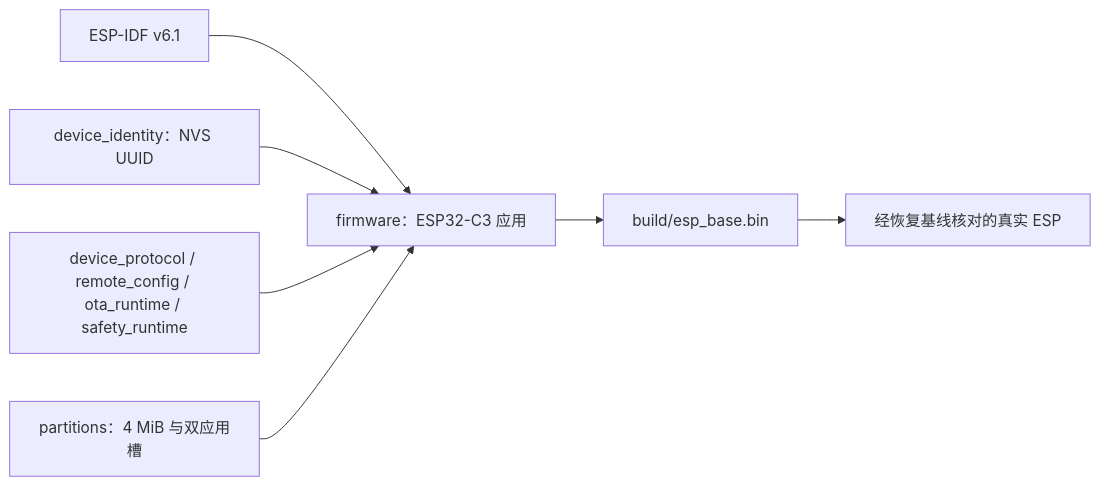
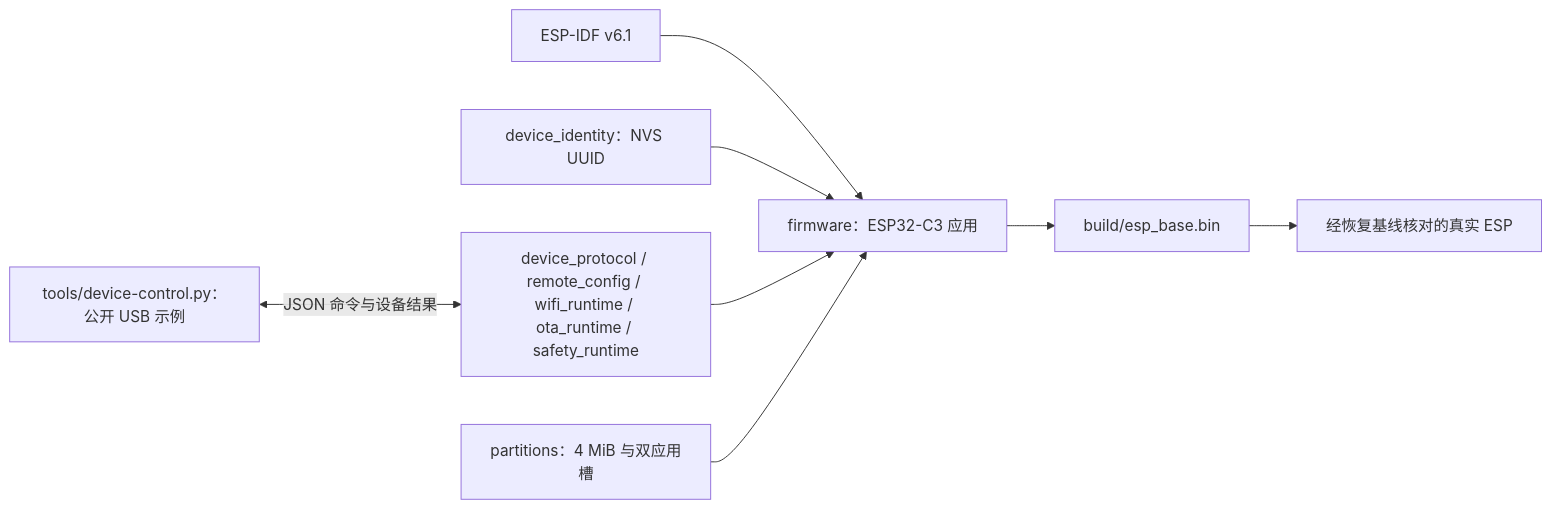
The diagram in README.md (darren-you/esp-base), drawn with Mermaid before and after one commit. The commit also changed other lines of this file and 64 other files, not shown here.

````diff
--- a/README.md
+++ b/README.md
@@ -7,9 +7,10 @@
 ```mermaid
 flowchart LR
     sdk["ESP-IDF v6.1"] --> firmware["firmware：ESP32-C3 应用"]
     identity["device_identity：NVS UUID"] --> firmware
-    state["device_protocol / remote_config / ota_runtime / safety_runtime"] --> firmware
+    state["device_protocol / remote_config / wifi_runtime / ota_runtime / safety_runtime"] --> firmware
     layout["partitions：4 MiB 与双应用槽"] --> firmware
+    host["tools/device-control.py：公开 USB 示例"] <-->|"JSON 命令与设备结果"| state
     firmware --> image["build/esp_base.bin"]
     image --> board["经恢复基线核对的真实 ESP"]
 ```
````
